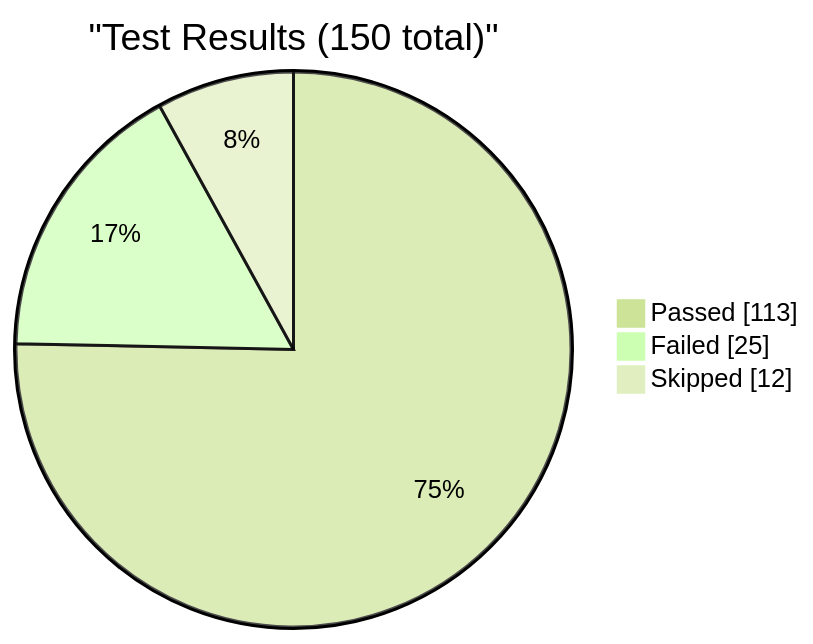
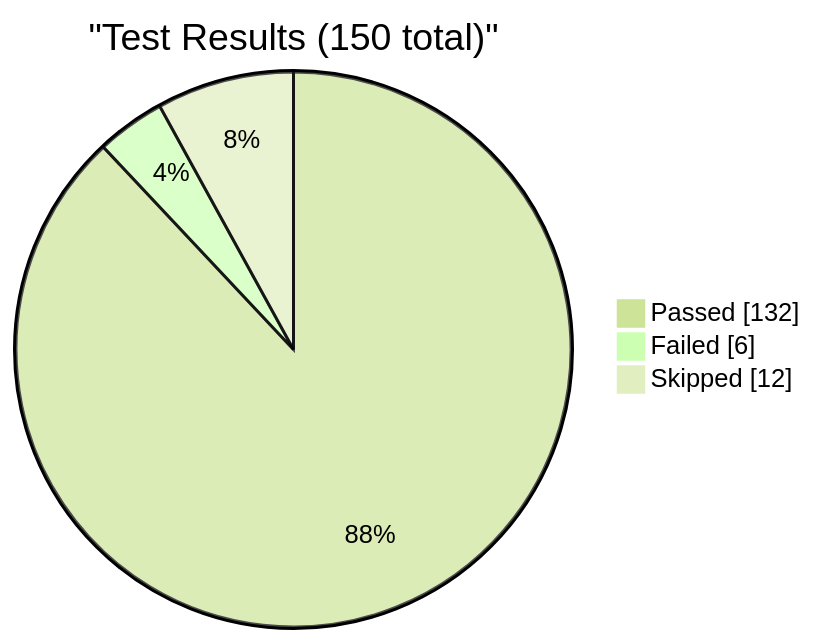
The first of 4 diagrams in reports/dashboard.md (EliteaAI/onetest-ai-tm-Elitea), drawn with Mermaid (forest theme) before and after one commit. The commit also changed other lines of this file and 1 other file, not shown here.

Commit message:
dashboard: update test metrics for RUN-ELITEA-2026-08-21-36-DEV-STABLE-ALL-FAILED

````diff
--- a/reports/dashboard.md
+++ b/reports/dashboard.md
@@ -9,7 +9,7 @@
 ```mermaid
 pie showData
     title "Test Results (150 total)"
-    "Passed" : 113
-    "Failed" : 25
+    "Passed" : 132
+    "Failed" : 6
     "Skipped" : 12
 ```
````
